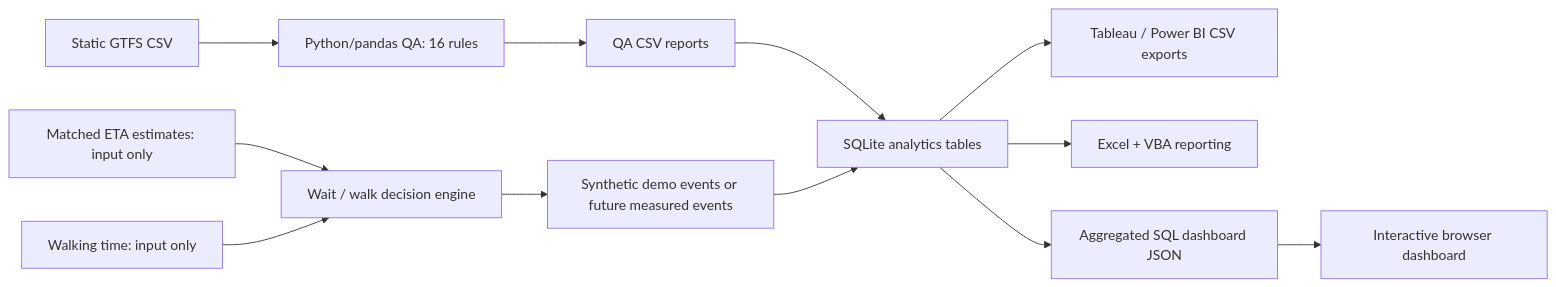
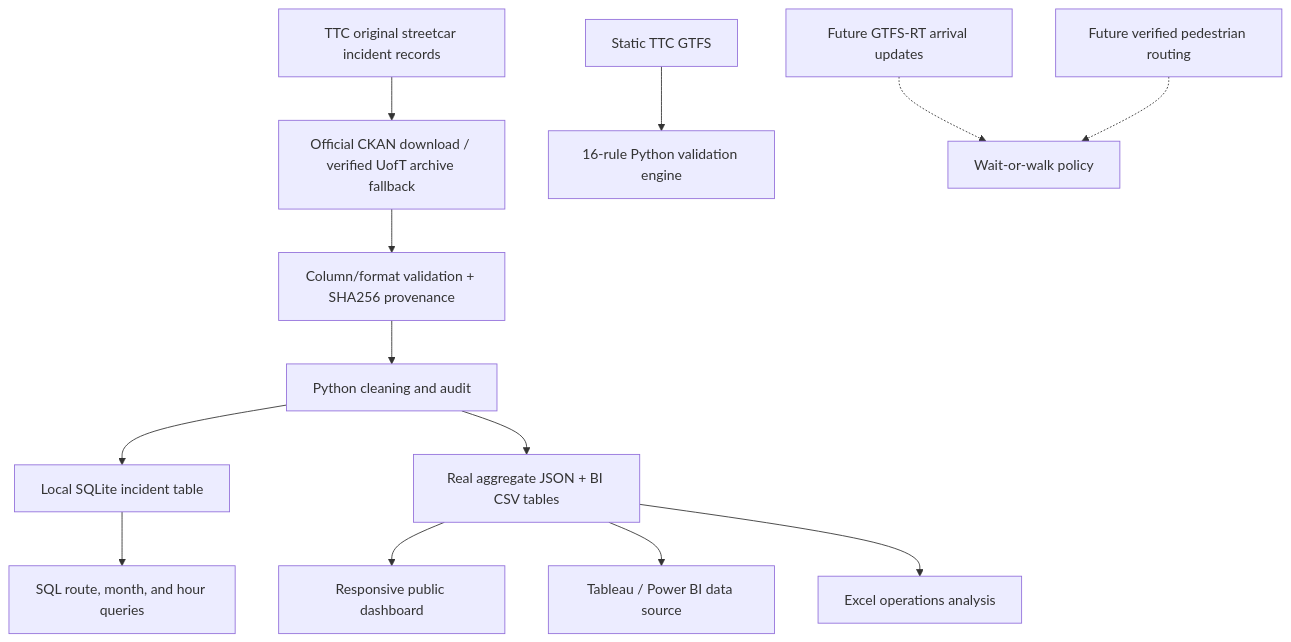
One commit to khushalr/StartStride changed the diagram in README.md. Above: the diagram before and after it, drawn with Mermaid. The commit also changed other lines of this file, not shown here.

Commit message:
Reframe public portfolio README around authenticated real TTC records, SQL and transparent limitations

````diff
--- a/README.md
+++ b/README.md
@@ -21,14 +30,15 @@
 ```mermaid
-flowchart LR
-  A["Static GTFS CSV"] --> B["Python/pandas QA: 16 rules"]
-  B --> C["QA CSV reports"]
-  C --> D["SQLite analytics tables"]
-  E["Matched ETA estimates: input only"] --> F["Wait / walk decision engine"]
-  G["Walking time: input only"] --> F
-  F --> H["Synthetic demo events or future measured events"]
-  H --> D
-  D --> I["Tableau / Power BI CSV exports"]
-  D --> J["Excel + VBA reporting"]
-  D --> K["Aggregated SQL dashboard JSON"]
-  K --> L["Interactive browser dashboard"]
+flowchart TD
+  A["TTC original streetcar incident records"] --> B["Official CKAN download / verified UofT archive fallback"]
+  B --> C["Column/format validation + SHA256 provenance"]
+  C --> D["Python cleaning and audit"]
+  D --> E["Local SQLite incident table"]
+  D --> F["Real aggregate JSON + BI CSV tables"]
+  E --> G["SQL route, month, and hour queries"]
+  F --> H["Responsive public dashboard"]
+  F --> I["Tableau / Power BI data source"]
+  F --> J["Excel operations analysis"]
+  K["Static TTC GTFS"] --> L["16-rule Python validation engine"]
+  M["Future GTFS-RT arrival updates"] -.-> N["Wait-or-walk policy"]
+  O["Future verified pedestrian routing"] -.-> N
 ```
````
